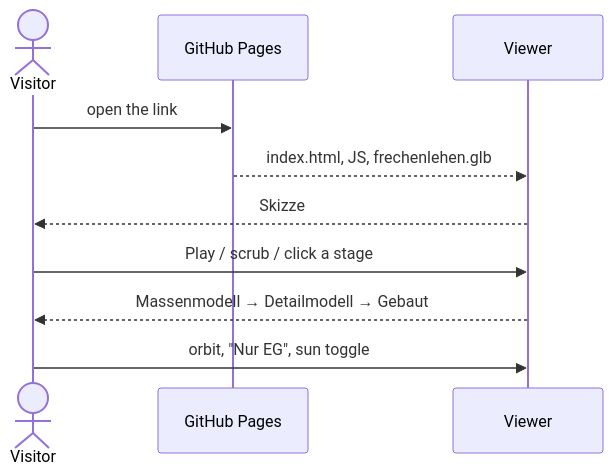
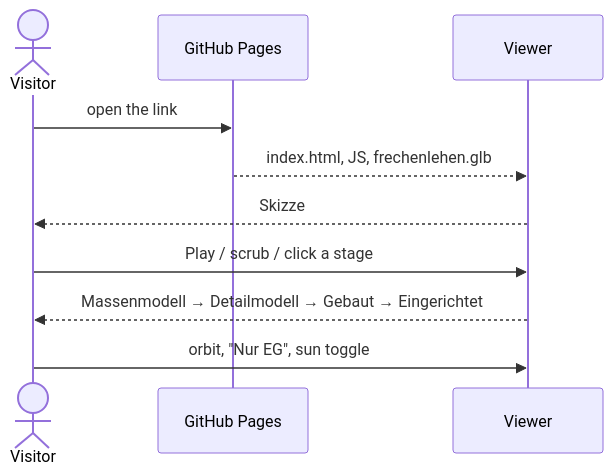
One commit to tillg/frechen_blender changed the second of 2 diagrams in specs/system/functional.md. Above: the diagram before and after it, drawn with Mermaid. The commit also changed other lines of this file and 16 other files, not shown here.

````diff
--- a/specs/system/functional.md
+++ b/specs/system/functional.md
@@ -92,12 +94,12 @@
 ```mermaid
 sequenceDiagram
     actor Visitor
     participant P as GitHub Pages
     participant V as Viewer
     Visitor->>P: open the link
     P-->>V: index.html, JS, frechenlehen.glb
     V-->>Visitor: Skizze
     Visitor->>V: Play / scrub / click a stage
-    V-->>Visitor: Massenmodell → Detailmodell → Gebaut
+    V-->>Visitor: Massenmodell → Detailmodell → Gebaut → Eingerichtet
     Visitor->>V: orbit, "Nur EG", sun toggle
 ```
````
